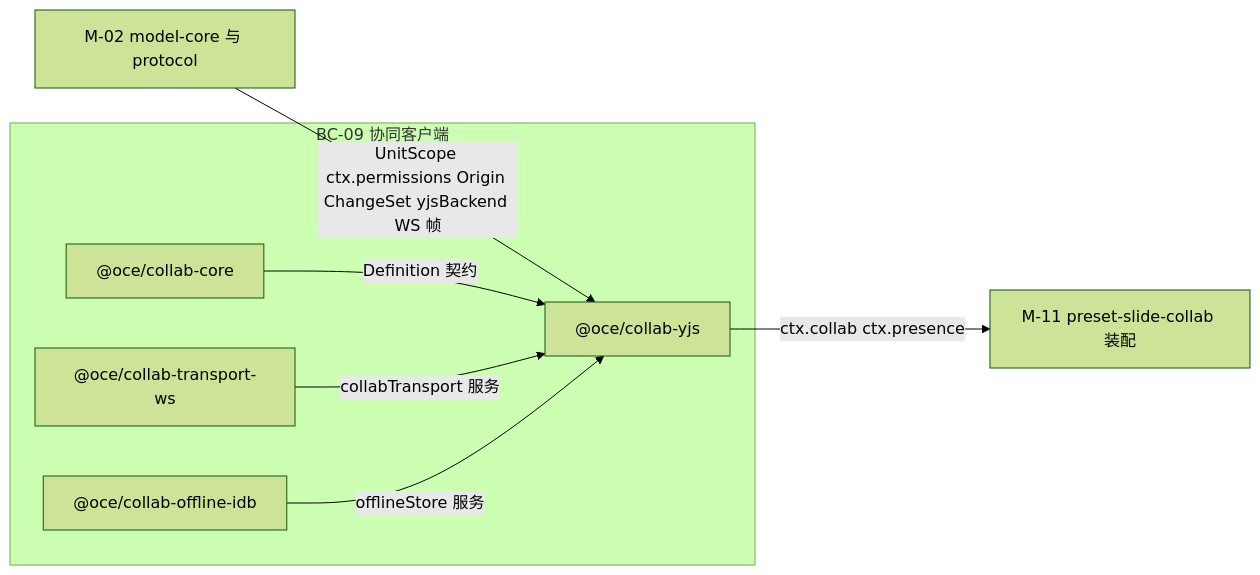
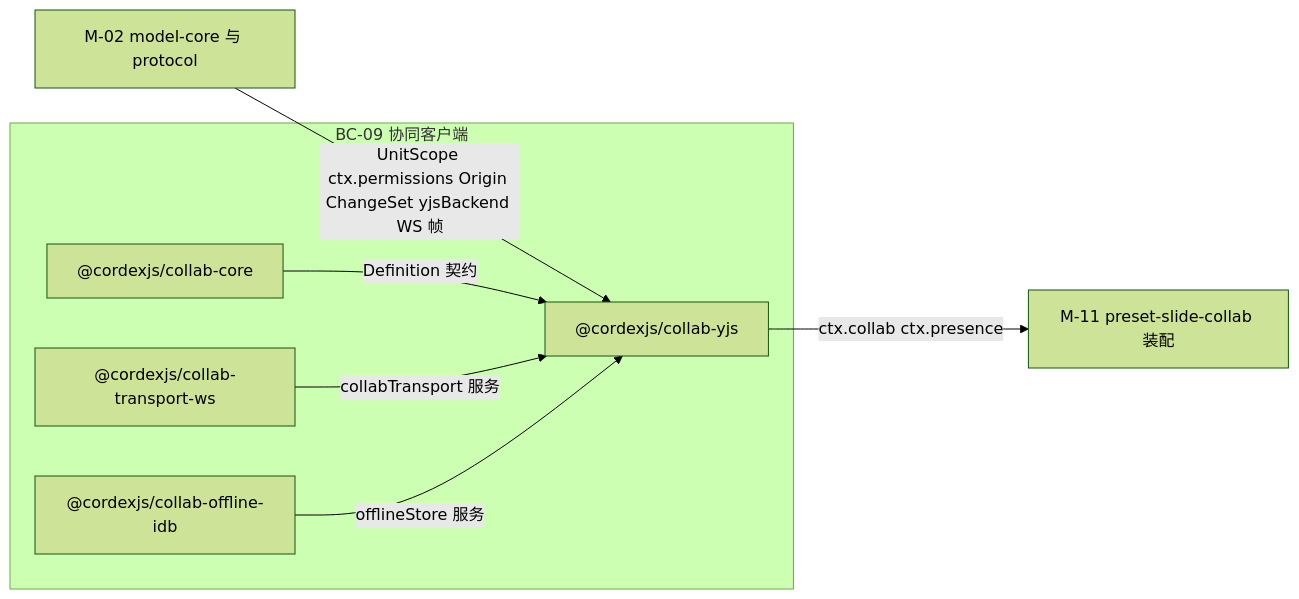
One commit to Xeonice/cordis-ppt-editor changed the first of 7 diagrams in docs/40-modules/05-collaboration-client.md. Above: the diagram before and after it, drawn with Mermaid (forest theme). The commit also changed other lines of this file and 23 other files, not shown here.

````diff
--- a/docs/40-modules/05-collaboration-client.md
+++ b/docs/40-modules/05-collaboration-client.md
@@ -25,16 +25,16 @@
 ```mermaid
 flowchart LR
   m02["M-02 model-core 与 protocol"]
   subgraph bc09["BC-09 协同客户端"]
-    pkgCollabCore["@oce/collab-core"]
-    pkgCollabYjs["@oce/collab-yjs"]
-    pkgCollabTransportWs["@oce/collab-transport-ws"]
-    pkgCollabOfflineIdb["@oce/collab-offline-idb"]
+    pkgCollabCore["@cordexjs/collab-core"]
+    pkgCollabYjs["@cordexjs/collab-yjs"]
+    pkgCollabTransportWs["@cordexjs/collab-transport-ws"]
+    pkgCollabOfflineIdb["@cordexjs/collab-offline-idb"]
   end
   m11["M-11 preset-slide-collab 装配"]
   m02 -- "UnitScope ctx.permissions Origin ChangeSet yjsBackend WS 帧" --> pkgCollabYjs
   pkgCollabCore -- "Definition 契约" --> pkgCollabYjs
   pkgCollabTransportWs -- "collabTransport 服务" --> pkgCollabYjs
   pkgCollabOfflineIdb -- "offlineStore 服务" --> pkgCollabYjs
   pkgCollabYjs -- "ctx.collab ctx.presence" --> m11
 ```
````
